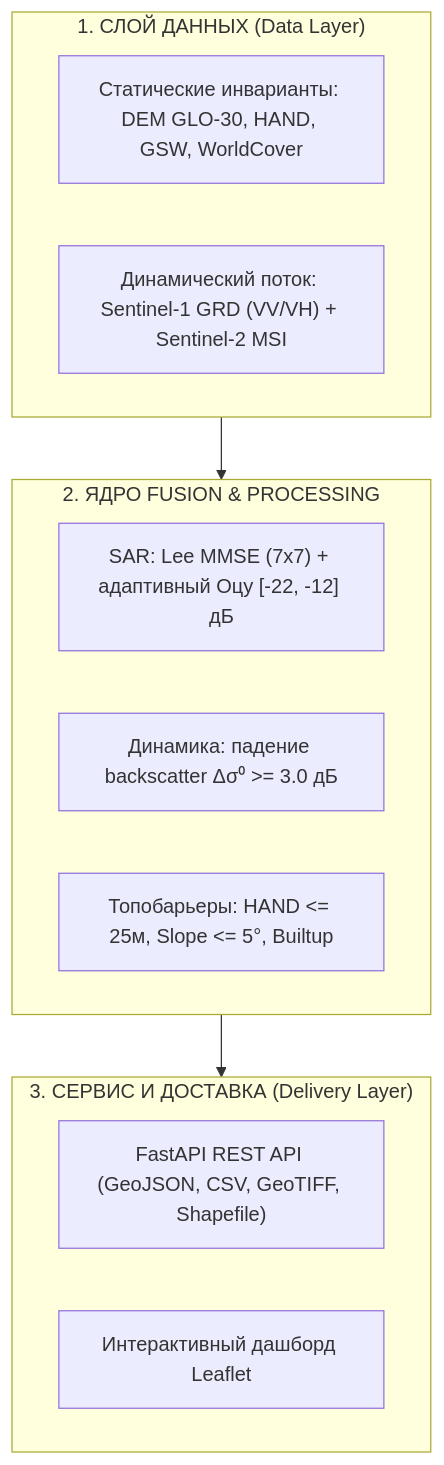
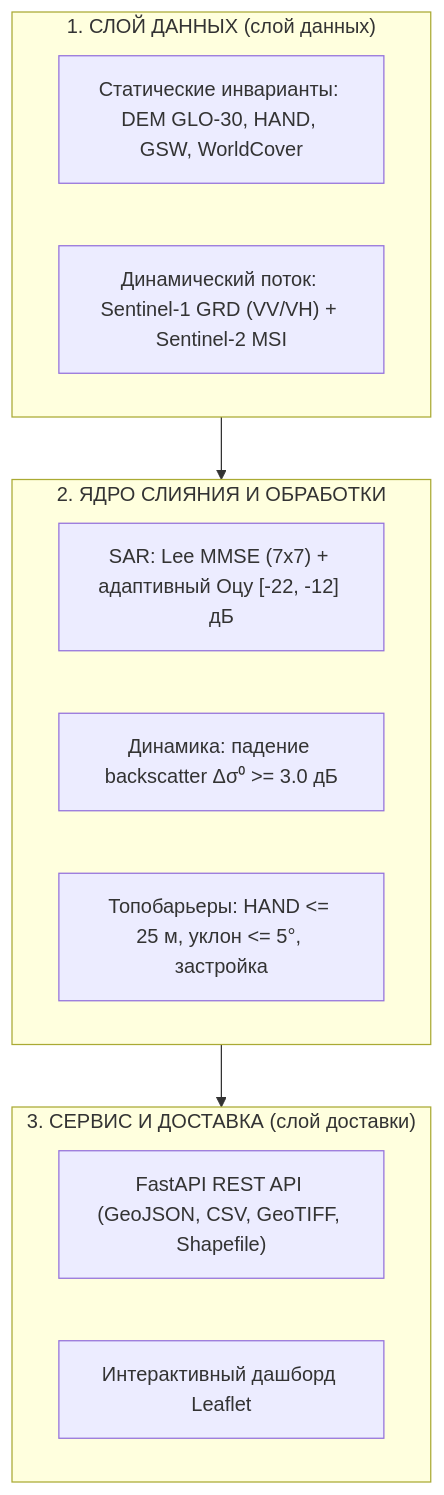
The first of 2 diagrams in SLIDES.md (p4ulbr4dl3y/cosmohack-hydro-2026), drawn with Mermaid before and after one commit. The commit also changed other lines of this file and 2 other files, not shown here.

````diff
--- a/SLIDES.md
+++ b/SLIDES.md
@@ -37,21 +37,21 @@
 ```mermaid
 flowchart TD
-    subgraph DATA["1. СЛОЙ ДАННЫХ (Data Layer)"]
+    subgraph DATA["1. СЛОЙ ДАННЫХ (слой данных)"]
         D1["Статические инварианты: DEM GLO-30, HAND, GSW, WorldCover"]
         D2["Динамический поток: Sentinel-1 GRD (VV/VH) + Sentinel-2 MSI"]
     end
 
-    subgraph ENGINE["2. ЯДРО FUSION & PROCESSING"]
+    subgraph ENGINE["2. ЯДРО СЛИЯНИЯ И ОБРАБОТКИ"]
         E1["SAR: Lee MMSE (7x7) + адаптивный Оцу [-22, -12] дБ"]
         E2["Динамика: падение backscatter Δσ⁰ >= 3.0 дБ"]
-        E3["Топобарьеры: HAND <= 25м, Slope <= 5°, Builtup"]
+        E3["Топобарьеры: HAND <= 25 м, уклон <= 5°, застройка"]
     end
 
-    subgraph OUT["3. СЕРВИС И ДОСТАВКА (Delivery Layer)"]
+    subgraph OUT["3. СЕРВИС И ДОСТАВКА (слой доставки)"]
         O1["FastAPI REST API (GeoJSON, CSV, GeoTIFF, Shapefile)"]
         O2["Интерактивный дашборд Leaflet"]
     end
 
     DATA --> ENGINE
     ENGINE --> OUT
 ```
````
